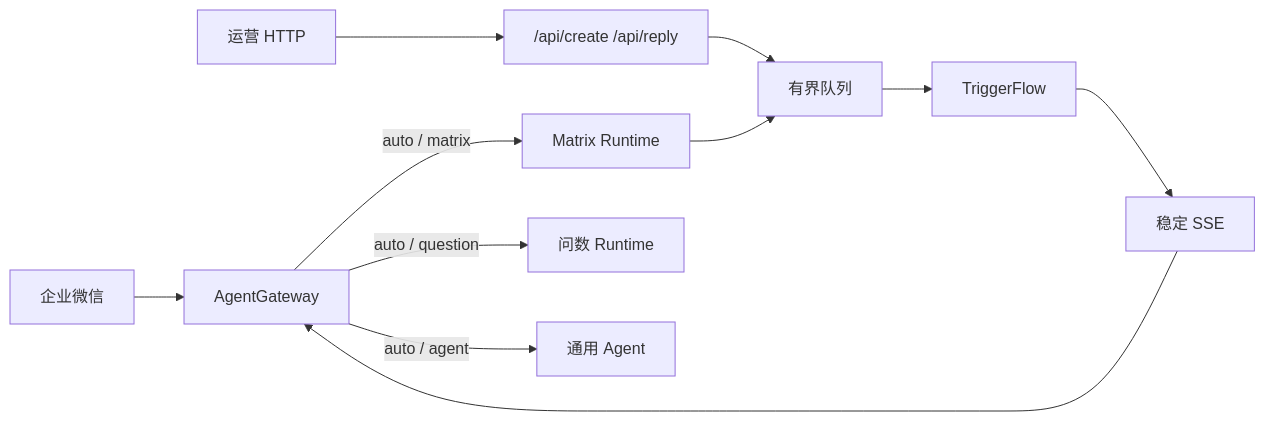
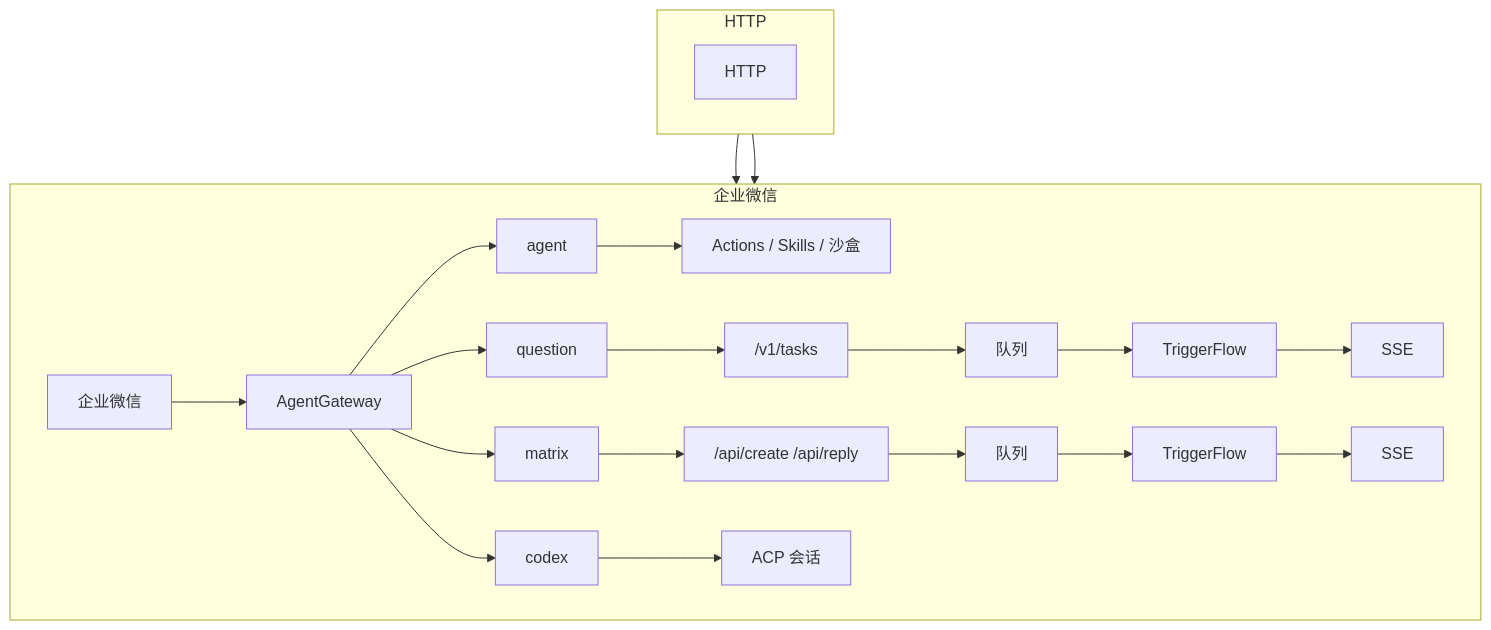
Before and after one commit to jiafuzeng/social_media_agents: the diagram in docs/MatrixCopilot-项目方案.md, drawn with Mermaid. The commit also changed other lines of this file, not shown here.

````diff
--- a/docs/MatrixCopilot-项目方案.md
+++ b/docs/MatrixCopilot-项目方案.md
@@ -53,13 +53,17 @@
 ```mermaid
-flowchart LR
-    IM["企业微信"] --> GW["AgentGateway"]
-    OPS["运营 HTTP"] --> API["/api/create /api/reply"]
-    GW -->|"auto / matrix"| MR["Matrix Runtime"]
-    GW -->|"auto / question"| QR["问数 Runtime"]
-    GW -->|"auto / agent"| AR["通用 Agent"]
-    API --> Q["有界队列"]
-    MR --> Q
-    Q --> TF["TriggerFlow"]
-    TF --> SSE["稳定 SSE"]
-    SSE --> GW
+flowchart TB
+    subgraph WECOM["企业微信"]
+        direction LR
+        IM["企业微信"] --> GW["AgentGateway"]
+        GW --> AR["agent"] --> ACT["Actions / Skills / 沙盒"]
+        GW --> QR["question"] --> QAPI["/v1/tasks"] --> QQ["队列"] --> QF["TriggerFlow"] --> QSSE["SSE"]
+        GW --> MR["matrix"] --> MAPI["/api/create /api/reply"] --> MQ["队列"] --> MF["TriggerFlow"] --> MSSE["SSE"]
+        GW --> CR["codex"] --> ACP["ACP 会话"]
+    end
+
+    subgraph HTTPL["HTTP"]
+        direction LR
+        HTTP["HTTP"] --> QAPI
+        HTTP --> MAPI
+    end
 ```
````
